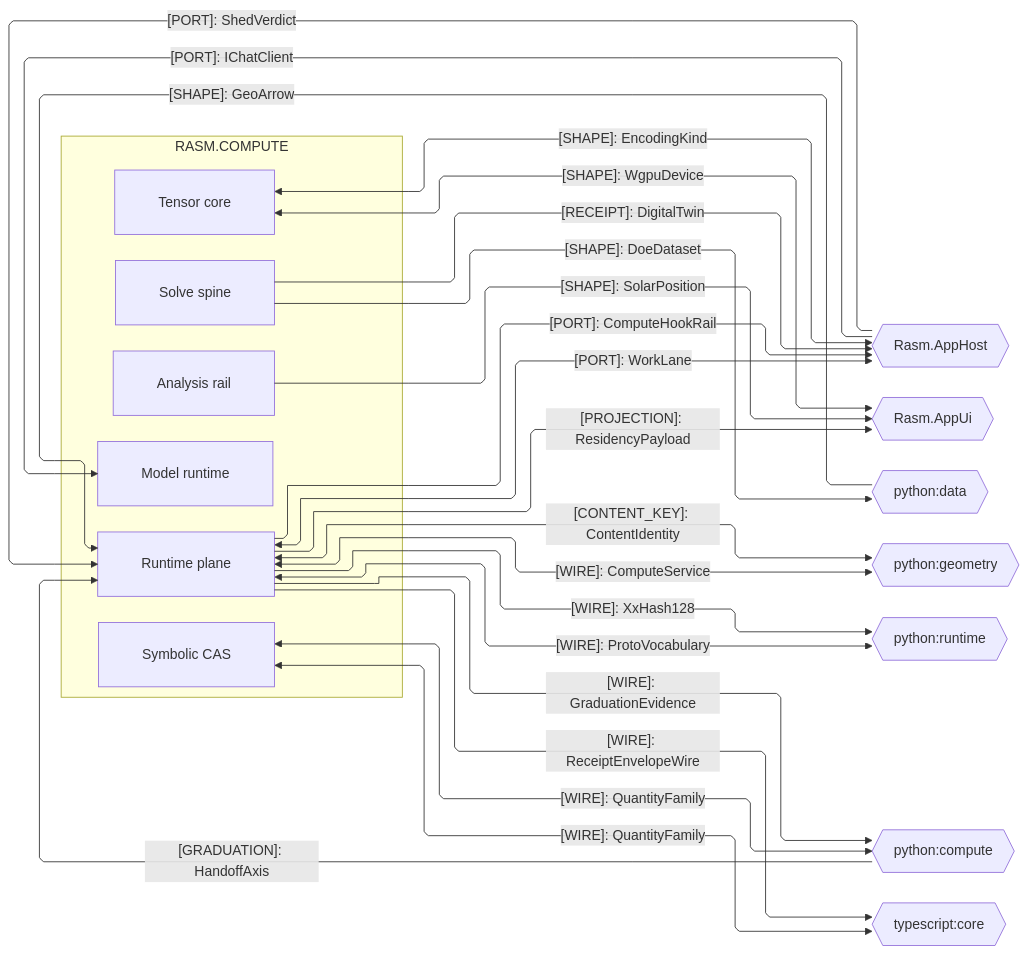
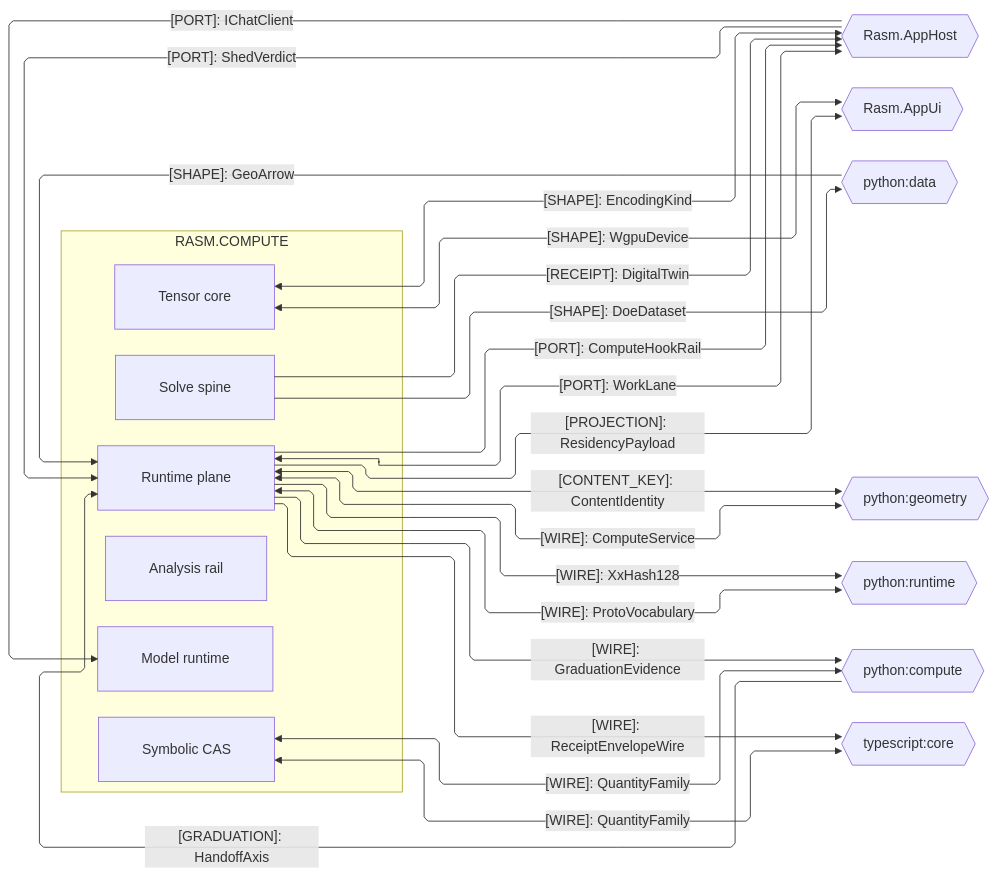
One commit to bsamiee/Rasm changed the third of 4 diagrams in libs/csharp/Rasm.Compute/ARCHITECTURE.md. Above: the diagram before and after it, drawn with Mermaid. The commit also changed other lines of this file and 236 other files, not shown here.

````diff
--- a/libs/csharp/Rasm.Compute/ARCHITECTURE.md
+++ b/libs/csharp/Rasm.Compute/ARCHITECTURE.md
@@ -192,47 +193,46 @@
 ```mermaid
 ---
 config:
   layout: elk
   flowchart:
     curve: linear
     padding: 25
 ---
 flowchart LR
     accTitle: Compute platform and cross-runtime seams
     accDescr: Compute owners exchanging port, receipt, projection, wire, content-key, and graduation contracts with platform and cross-runtime peers.
     subgraph compute[RASM.COMPUTE]
         Model[Model runtime]
         Tensor[Tensor core]
         Solver[Solve spine]
         Analysis[Analysis rail]
         Runtime[Runtime plane]
         Symbolic[Symbolic CAS]
     end
     AppHost{{Rasm.AppHost}}
     AppUi{{Rasm.AppUi}}
     Data{{python:data}}
     Geometry{{python:geometry}}
     PyRuntime{{python:runtime}}
     Compute{{python:compute}}
     Core{{typescript:core}}
     Runtime e1@<-->|"[PORT]: WorkLane"| AppHost
     AppHost e2@-->|"[PORT]: IChatClient"| Model
     AppHost e17@-->|"[PORT]: ShedVerdict"| Runtime
     Solver e3@-->|"[RECEIPT]: DigitalTwin"| AppHost
     Tensor e4@<-->|"[SHAPE]: EncodingKind"| AppHost
     Runtime e15@-->|"[PORT]: ComputeHookRail"| AppHost
     Runtime e5@-->|"[PROJECTION]: ResidencyPayload"| AppUi
     Tensor e6@<-->|"[SHAPE]: WgpuDevice"| AppUi
-    Analysis e7@-->|"[SHAPE]: SolarPosition"| AppUi
     Runtime e8@<-->|"[WIRE]: ComputeService"| Geometry
     Runtime e18@<-->|"[CONTENT_KEY]: ContentIdentity"| Geometry
     Runtime e9@<-->|"[WIRE]: ProtoVocabulary"| PyRuntime
     Runtime e19@-->|"[WIRE]: XxHash128"| PyRuntime
     Compute e10@-->|"[GRADUATION]: HandoffAxis"| Runtime
     Runtime e11@-->|"[WIRE]: GraduationEvidence"| Compute
     Symbolic e12@<-->|"[WIRE]: QuantityFamily"| Compute
     Solver e13@-->|"[SHAPE]: DoeDataset"| Data
     Data e20@-->|"[SHAPE]: GeoArrow"| Runtime
     Runtime e14@-->|"[WIRE]: ReceiptEnvelopeWire"| Core
     Symbolic e16@<-->|"[WIRE]: QuantityFamily"| Core
 ```
````
